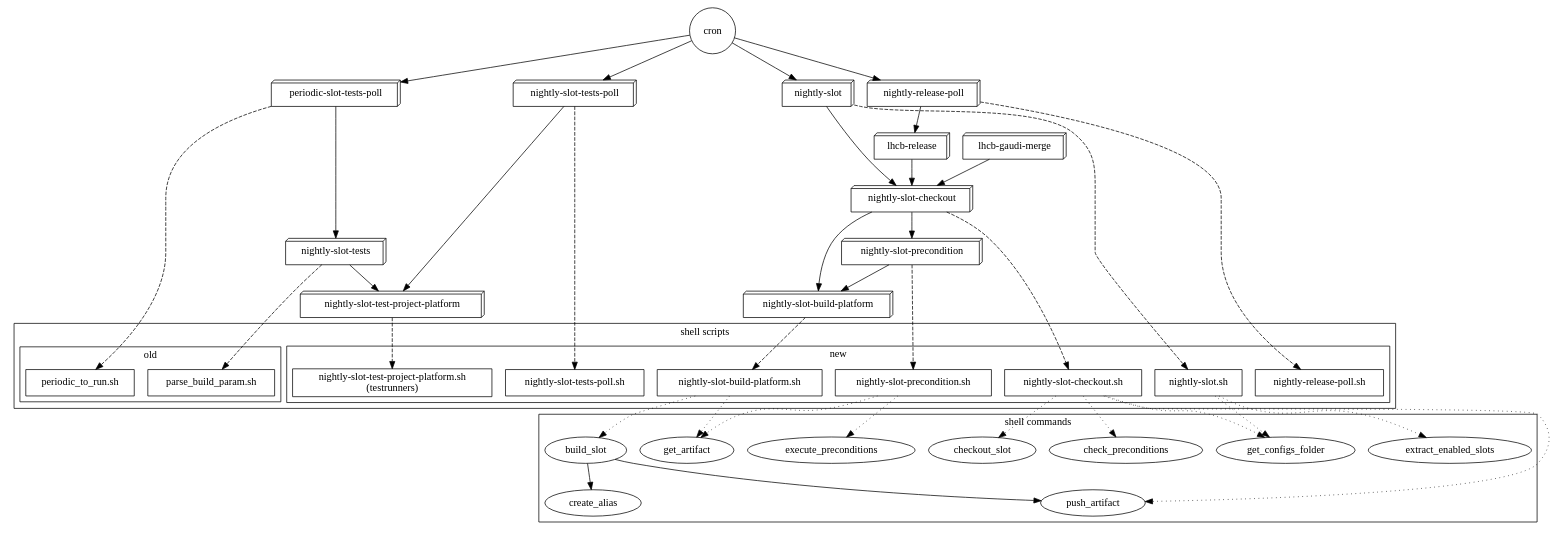
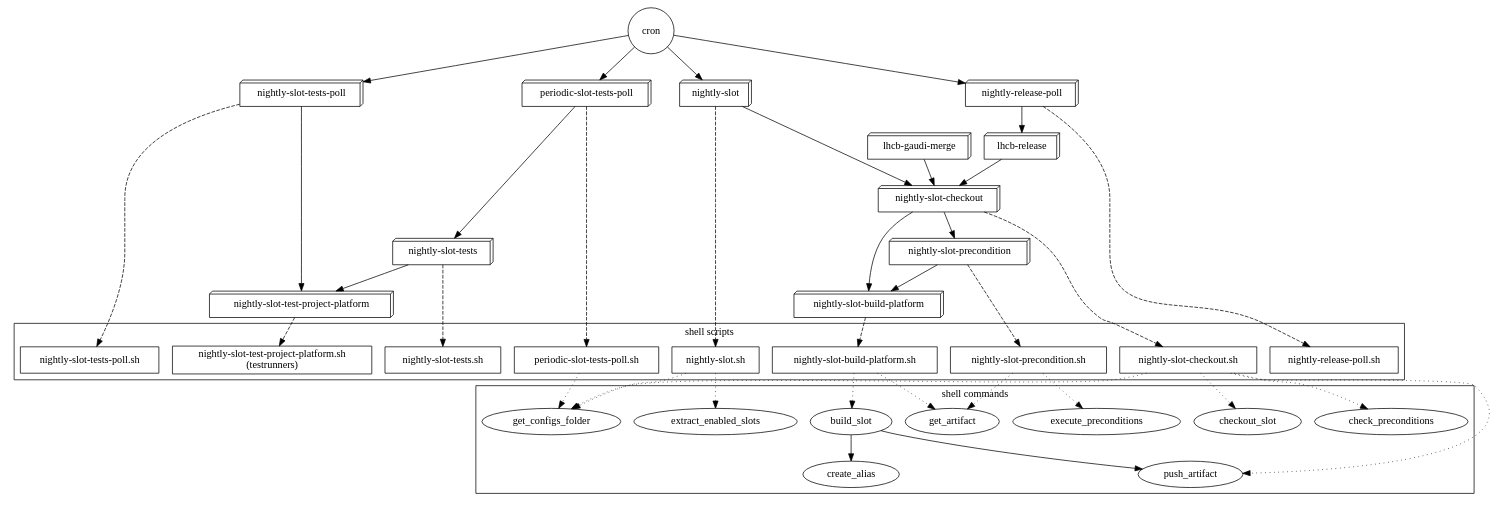
One commit to LHCbDev/lhcbpr2all changed the diagram in docs/jenkins-scripts.dot. Above: the diagram before and after it, drawn with Graphviz. The commit also changed 3 other files, not shown here.

Commit message:
updated periodic tests scripts

```diff
--- a/docs/jenkins-scripts.dot
+++ b/docs/jenkins-scripts.dot
@@ -1,112 +1,109 @@
 digraph "Jenkins-scripts" {
 
 "cron" [shape=circle];
 
 cron -> { rank = same; node [shape=box3d];
   "nightly-slot";
   "nightly-slot-tests-poll";
   "periodic-slot-tests-poll";
   "nightly-release-poll";
 }
 
 // Jenkins jobs
 subgraph jobs {
   node [shape=box3d];
   //label = "Jenkins jobs";
 
   "nightly-slot" -> "nightly-slot-checkout";
   "nightly-slot-checkout" -> "nightly-slot-precondition";
   "nightly-slot-checkout" -> "nightly-slot-build-platform";
   "nightly-slot-precondition" -> "nightly-slot-build-platform";
 
   "nightly-slot-tests-poll" -> "nightly-slot-test-project-platform";
 
   "periodic-slot-tests-poll" -> "nightly-slot-tests" -> "nightly-slot-test-project-platform";
 
   "nightly-release-poll" -> "lhcb-release" -> "nightly-slot-checkout";
 
   "lhcb-gaudi-merge" -> "nightly-slot-checkout";
 }
 
 // Scripts
 subgraph cluster_scripts {
   node [shape=box];
   rank = same;
   label = "shell scripts";
 
-  subgraph cluster_new_scripts {
-    label = "new";
-    "nightly-slot.sh";
-    "nightly-slot-checkout.sh";
-    "nightly-slot-precondition.sh";
-    "nightly-slot-build-platform.sh";
-    "nightly-slot-tests-poll.sh";
-    "nightly-slot-test-project-platform.sh" [label = "nightly-slot-test-project-platform.sh\n(testrunners)"];
-    "nightly-release-poll.sh";
-  }
+  "nightly-slot.sh";
+  "nightly-slot-checkout.sh";
+  "nightly-slot-precondition.sh";
+  "nightly-slot-build-platform.sh";
+  "nightly-slot-tests-poll.sh";
+  "nightly-slot-test-project-platform.sh" [label = "nightly-slot-test-project-platform.sh\n(testrunners)"];
+  "nightly-release-poll.sh";
 
-  subgraph cluster_old_scripts {
-    label = "old";
-    "periodic_to_run.sh";
-    "parse_build_param.sh";
-  }
+  "periodic-slot-tests-poll.sh";
+  "nightly-slot-tests.sh";
 }
 
 // Shell commands (aliases)
 subgraph cluster_commands {
   node [shape=ellipse];
   rank = same;
   label = "shell commands";
 
   get_configs_folder;
   extract_enabled_slots;
   checkout_slot;
   push_artifact;
   check_preconditions;
   get_artifact;
   execute_preconditions;
   build_slot;
   create_alias;
 
   build_slot -> { create_alias push_artifact }
 };
 
 // Connections jobs->scripts
 edge [style=dashed];
 "nightly-slot" -> "nightly-slot.sh";
 "nightly-slot-checkout" -> "nightly-slot-checkout.sh";
 "nightly-slot-precondition" -> "nightly-slot-precondition.sh";
 "nightly-slot-build-platform" -> "nightly-slot-build-platform.sh";
 "nightly-slot-tests-poll" -> "nightly-slot-tests-poll.sh";
 "nightly-slot-test-project-platform" -> "nightly-slot-test-project-platform.sh";
-"periodic-slot-tests-poll" -> "periodic_to_run.sh";
-"nightly-slot-tests" -> "parse_build_param.sh";
+"periodic-slot-tests-poll" -> "periodic-slot-tests-poll.sh";
+"nightly-slot-tests" -> "nightly-slot-tests.sh";
 "nightly-release-poll" -> "nightly-release-poll.sh";
 
 // Connections scripts->commands
 // fake level
 edge [style=dotted];
 "nightly-slot.sh" -> {
   get_configs_folder
   extract_enabled_slots
 };
 
 "nightly-slot-checkout.sh" -> {
   get_configs_folder
   checkout_slot
   push_artifact
   check_preconditions
 };
 
 "nightly-slot-precondition.sh" -> {
   get_artifact
   execute_preconditions
 };
 
 "nightly-slot-build-platform.sh" -> {
   get_artifact
   build_slot
 };
 
+"periodic-slot-tests-poll.sh" -> {
+  get_configs_folder
+};
 //"nightly-slot-test-project-platform.sh" -> { node [shape=folder]; testrunners };
 }
```
